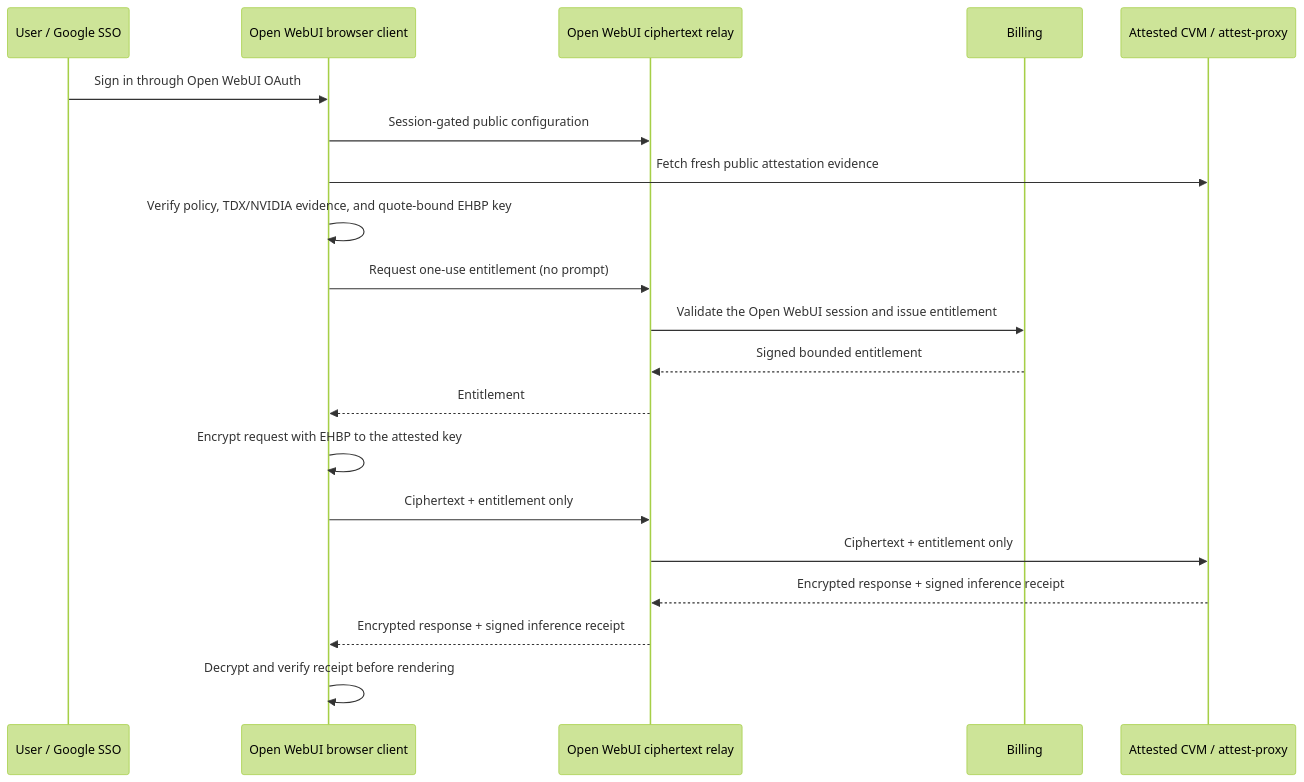
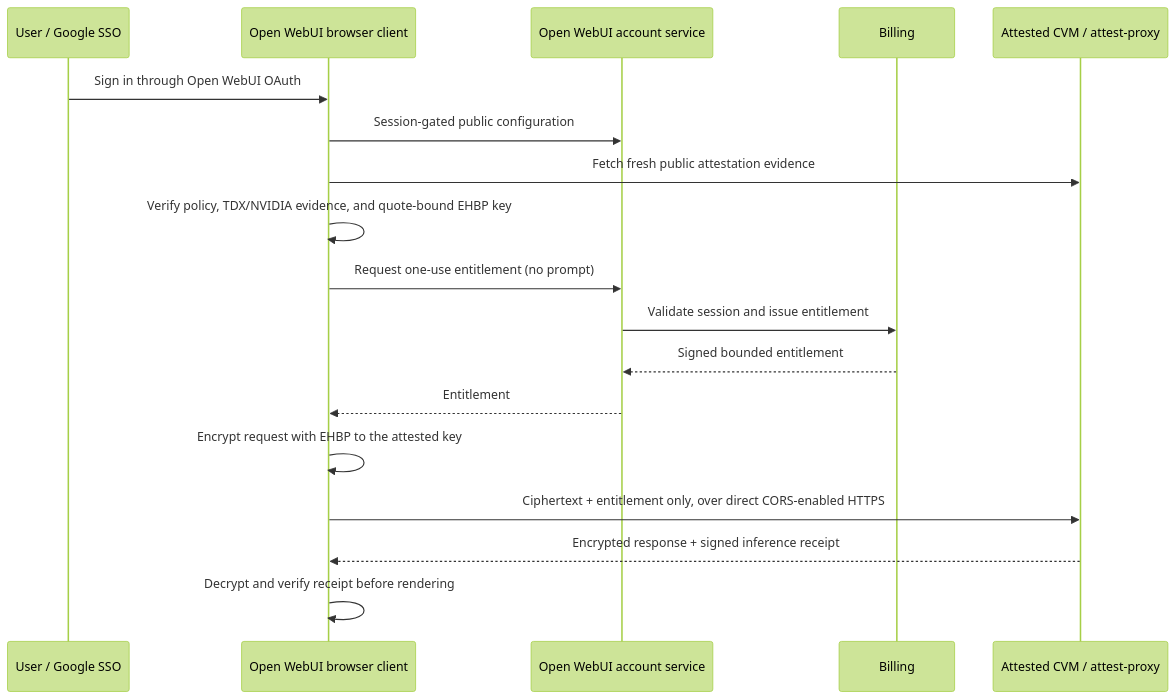
One commit to AdverserialAI/confidential-open-webui changed the diagram in docs/CONFIDENTIAL_OPENWEBUI.md. Above: the diagram before and after it, drawn with Mermaid (forest theme). The commit also changed other lines of this file and 6 other files, not shown here.

Commit message:
remove confidential ciphertext relay

````diff
--- a/docs/CONFIDENTIAL_OPENWEBUI.md
+++ b/docs/CONFIDENTIAL_OPENWEBUI.md
@@ -10,23 +9,21 @@
 ```mermaid
 sequenceDiagram
   participant U as User / Google SSO
   participant W as Open WebUI browser client
-  participant R as Open WebUI ciphertext relay
+  participant O as Open WebUI account service
   participant B as Billing
   participant C as Attested CVM / attest-proxy
 
   U->>W: Sign in through Open WebUI OAuth
-  W->>R: Session-gated public configuration
+  W->>O: Session-gated public configuration
   W->>C: Fetch fresh public attestation evidence
   W->>W: Verify policy, TDX/NVIDIA evidence, and quote-bound EHBP key
-  W->>R: Request one-use entitlement (no prompt)
-  R->>B: Validate the Open WebUI session and issue entitlement
-  B-->>R: Signed bounded entitlement
-  R-->>W: Entitlement
+  W->>O: Request one-use entitlement (no prompt)
+  O->>B: Validate session and issue entitlement
+  B-->>O: Signed bounded entitlement
+  O-->>W: Entitlement
   W->>W: Encrypt request with EHBP to the attested key
-  W->>R: Ciphertext + entitlement only
-  R->>C: Ciphertext + entitlement only
-  C-->>R: Encrypted response + signed inference receipt
-  R-->>W: Encrypted response + signed inference receipt
+  W->>C: Ciphertext + entitlement only, over direct CORS-enabled HTTPS
+  C-->>W: Encrypted response + signed inference receipt
   W->>W: Decrypt and verify receipt before rendering
 ```
````
